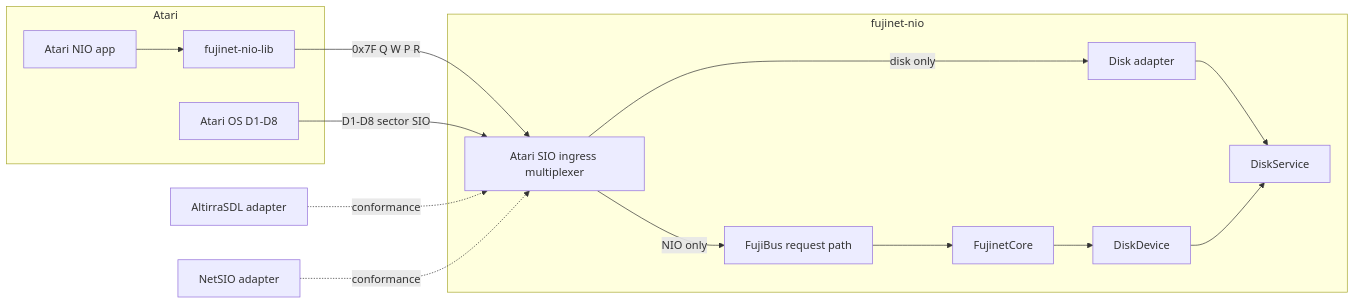
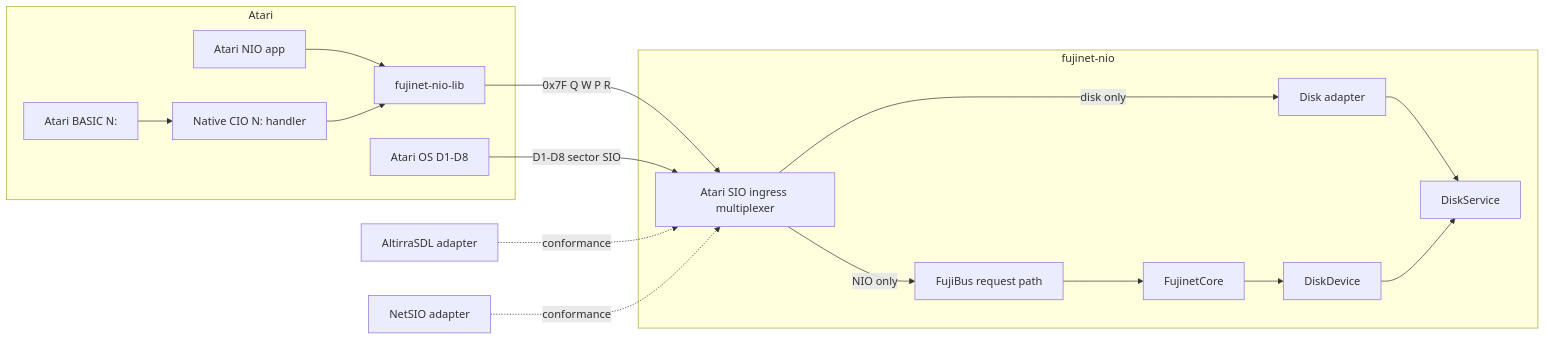
One commit to dillera/fujinet-nio-workspace changed the diagram in _bmad-output/planning-artifacts/architecture/architecture-fujinet-nio-workspace-2026-10-19/ARCHITECTURE-SPINE.md. Above: the diagram before and after it, drawn with Mermaid. The commit also changed other lines of this file and 5 other files, not shown here.

````diff
--- a/_bmad-output/planning-artifacts/architecture/architecture-fujinet-nio-workspace-2026-10-19/ARCHITECTURE-SPINE.md
+++ b/_bmad-output/planning-artifacts/architecture/architecture-fujinet-nio-workspace-2026-10-19/ARCHITECTURE-SPINE.md
@@ -23,22 +23,25 @@
 ```mermaid
 flowchart LR
   subgraph Atari
     OS[Atari OS D1-D8]
     APP[Atari NIO app]
+    BASIC[Atari BASIC N:]
     LIB[fujinet-nio-lib]
     APP --> LIB
+    BASIC --> HANDLER[Native CIO N: handler]
+    HANDLER --> LIB
   end
   LIB -->|0x7F Q W P R| MUX
   OS -->|D1-D8 sector SIO| MUX
   subgraph fujinet_nio[fujinet-nio]
     MUX[Atari SIO ingress multiplexer]
     MUX -->|NIO only| FB[FujiBus request path]
     MUX -->|disk only| DD[Disk adapter]
     FB --> CORE[FujinetCore]
     DD --> DISK[DiskService]
     CORE --> DEV[DiskDevice]
     DEV --> DISK
   end
   ALT[AltirraSDL adapter] -. conformance .-> MUX
   NET[NetSIO adapter] -. conformance .-> MUX
 ```
````
